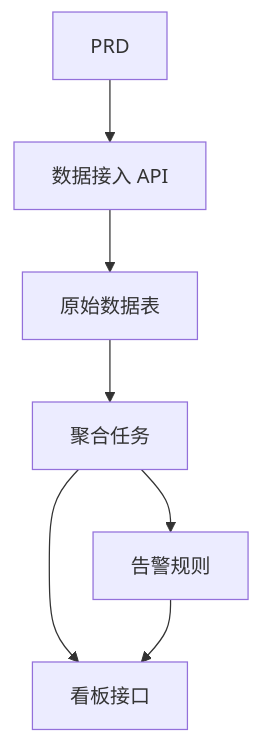
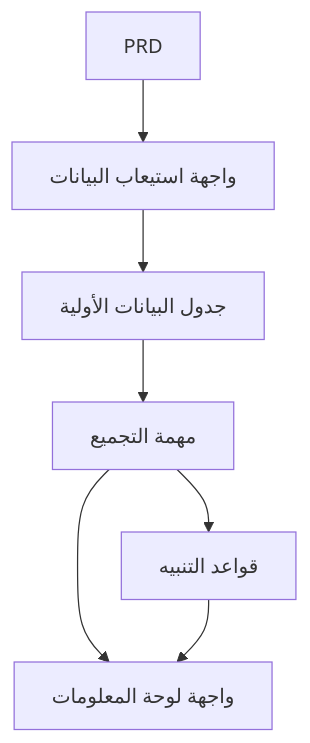
One commit to sketchymonk/easy-vibe changed the diagram in docs/ar-sa/stage-2/assignments/traffic-data-visualization-go/index.md. Above: the diagram before and after it, drawn with Mermaid. The commit also changed other lines of this file and 59 other files, not shown here.

````diff
--- a/docs/ar-sa/stage-2/assignments/traffic-data-visualization-go/index.md
+++ b/docs/ar-sa/stage-2/assignments/traffic-data-visualization-go/index.md
@@ -71,9 +71,9 @@
 ```mermaid
 flowchart TD
-  prd["PRD"] --> ingest["数据接入 API"]
-  ingest --> raw["原始数据表"]
-  raw --> agg["聚合任务"]
-  agg --> alert["告警规则"]
-  agg --> dashboard["看板接口"]
+  prd["PRD"] --> ingest["واجهة استيعاب البيانات"]
+  ingest --> raw["جدول البيانات الأولية"]
+  raw --> agg["مهمة التجميع"]
+  agg --> alert["قواعد التنبيه"]
+  agg --> dashboard["واجهة لوحة المعلومات"]
   alert --> dashboard
 ```
````
